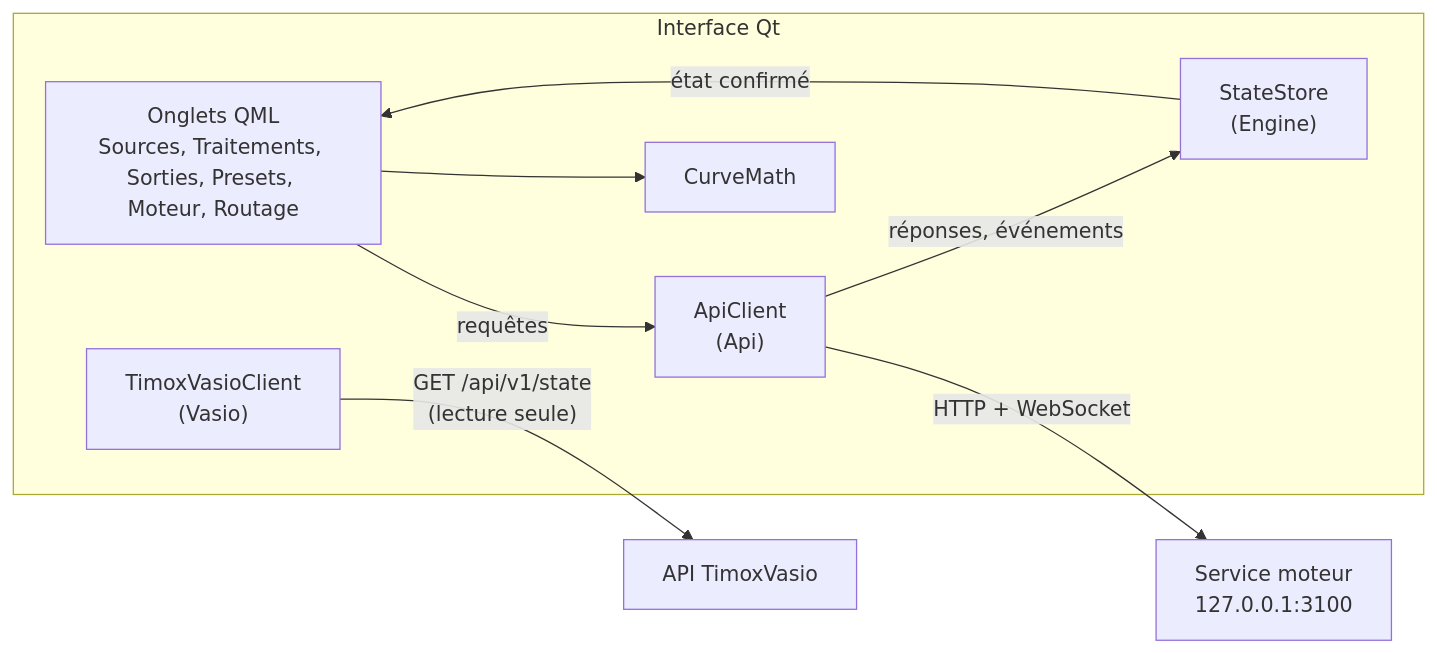
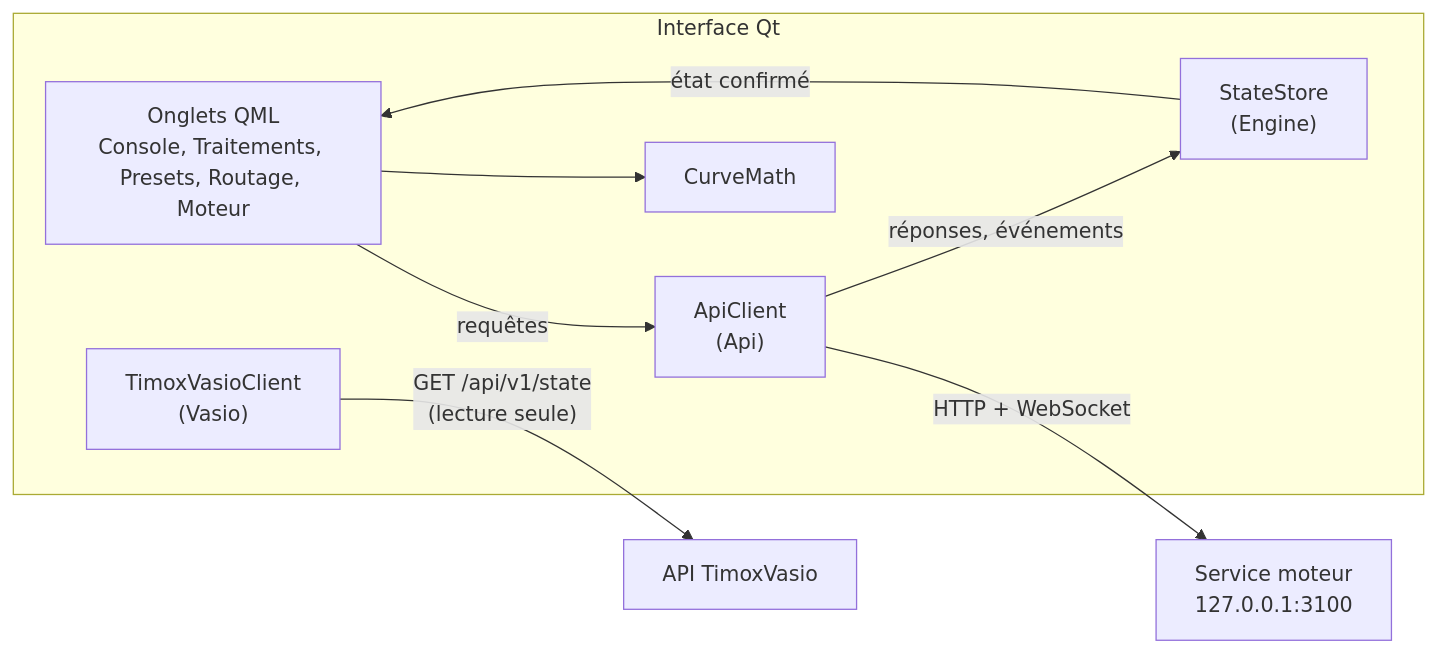
One commit to timox/SCMixer changed the diagram in desktop/README.md. Above: the diagram before and after it, drawn with Mermaid. The commit also changed other lines of this file and 68 other files, not shown here.

First line of the commit message:
feat(desktop): one stage at a time with its graph, chain strip, console with output strips

````diff
--- a/desktop/README.md
+++ b/desktop/README.md
@@ -7,16 +7,16 @@
 ```mermaid
 flowchart LR
     subgraph Desktop[Interface Qt]
-        QML["Onglets QML<br/>Sources, Traitements, Sorties, Presets, Moteur, Routage"]
+        QML["Onglets QML<br/>Console, Traitements, Presets, Routage, Moteur"]
         API["ApiClient<br/>(Api)"]
         STORE["StateStore<br/>(Engine)"]
         CURVES["CurveMath"]
         VASIO["TimoxVasioClient<br/>(Vasio)"]
     end
     QML -- "requêtes" --> API
     API -- "réponses, événements" --> STORE
     STORE -- "état confirmé" --> QML
     QML --> CURVES
     API -- "HTTP + WebSocket" --> ENGINE["Service moteur<br/>127.0.0.1:3100"]
     VASIO -- "GET /api/v1/state<br/>(lecture seule)" --> TV["API TimoxVasio"]
 ```
````
